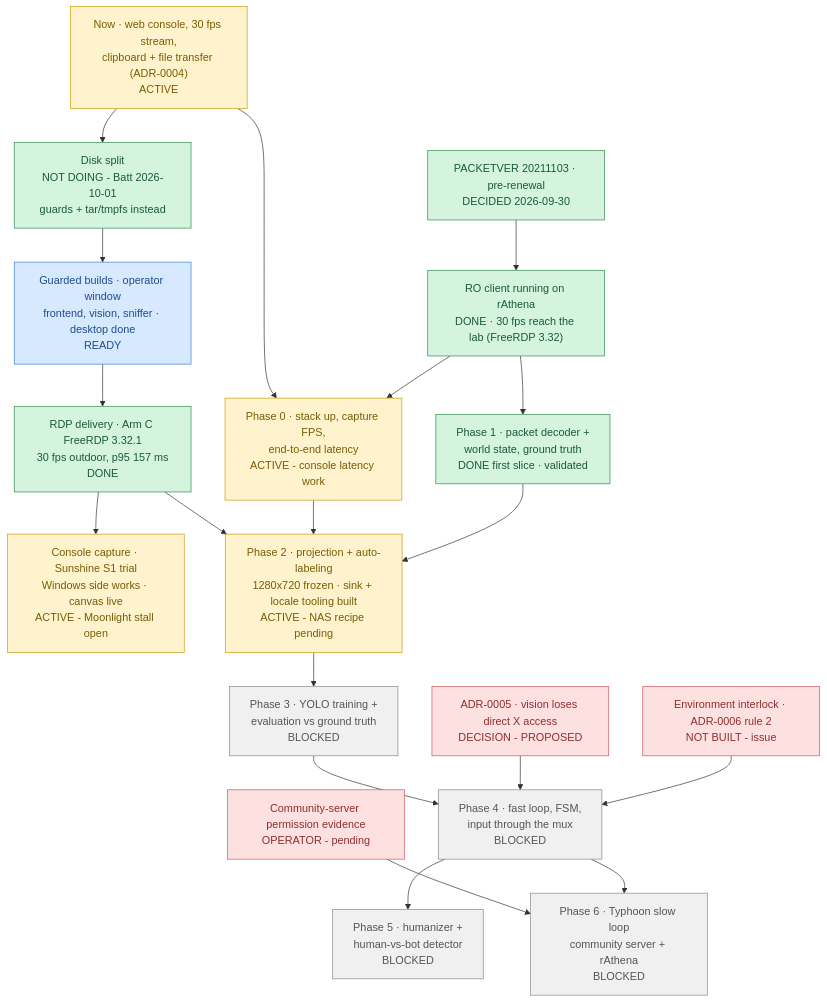
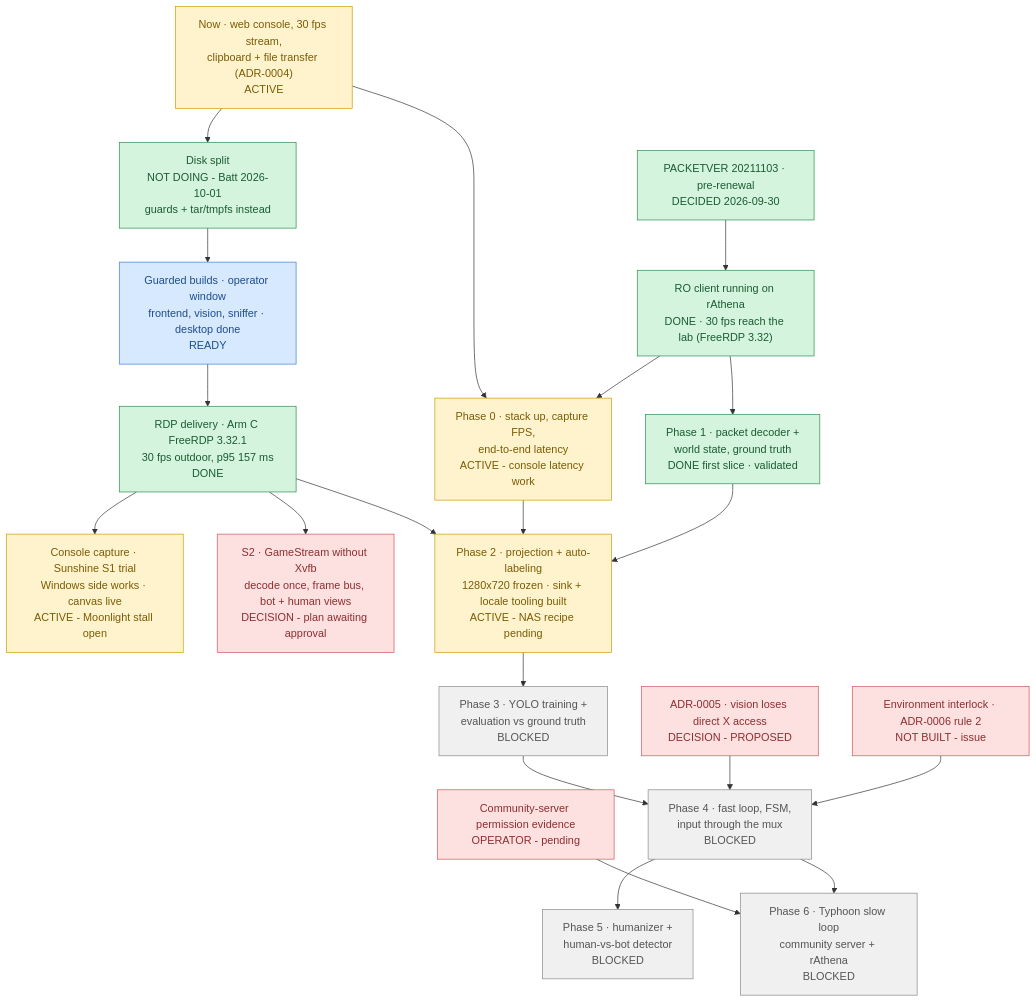
Before and after one commit to lumduan/poring-lab: the diagram in docs/ROADMAP.md, drawn with Mermaid. The commit also changed other lines of this file and 4 other files, not shown here.

First line of the commit message:
docs: S2 plan (no Xvfb hop, decode once, frame bus), ADR-0013 status indicator, S1 reinterpreted

````diff
--- a/docs/ROADMAP.md
+++ b/docs/ROADMAP.md
@@ -11,50 +11,52 @@
 ```mermaid
 flowchart TD
     N1["Now · web console, 30 fps stream,<br/>clipboard + file transfer (ADR-0004)<br/>ACTIVE"]
     N2["Disk split<br/>NOT DOING - Batt 2026-10-01<br/>guards + tar/tmpfs instead"]
     N3["Guarded builds · operator window<br/>frontend, vision, sniffer · desktop done<br/>READY"]
     D1["PACKETVER 20211103 · pre-renewal<br/>DECIDED 2026-09-30"]
     S1["RO client running on rAthena<br/>DONE · 30 fps reach the lab (FreeRDP 3.32)"]
     D2["ADR-0005 · vision loses direct X access<br/>DECISION - PROPOSED"]
     D3["Environment interlock · ADR-0006 rule 2<br/>NOT BUILT - issue"]
     E1["Community-server permission evidence<br/>OPERATOR - pending"]
     P0["Phase 0 · stack up, capture FPS,<br/>end-to-end latency<br/>ACTIVE - console latency work"]
     P1["Phase 1 · packet decoder +<br/>world state, ground truth<br/>DONE first slice · validated"]
     H1["RDP delivery · Arm C FreeRDP 3.32.1<br/>30 fps outdoor, p95 157 ms<br/>DONE"]
     C1["Console capture · Sunshine S1 trial<br/>Windows side works · canvas live<br/>ACTIVE - Moonlight stall open"]
+    S2["S2 · GameStream without Xvfb<br/>decode once, frame bus, bot + human views<br/>DECISION - plan awaiting approval"]
     P2["Phase 2 · projection + auto-labeling<br/>1280x720 frozen · sink + locale tooling built<br/>ACTIVE - NAS recipe pending"]
     P3["Phase 3 · YOLO training +<br/>evaluation vs ground truth<br/>BLOCKED"]
     P4["Phase 4 · fast loop, FSM,<br/>input through the mux<br/>BLOCKED"]
     P5["Phase 5 · humanizer +<br/>human-vs-bot detector<br/>BLOCKED"]
     P6["Phase 6 · Typhoon slow loop<br/>community server + rAthena<br/>BLOCKED"]
 
     N1 --> N2 --> N3
     N3 --> H1
     H1 --> C1
+    H1 --> S2
     H1 --> P2
     D1 --> S1
     N1 --> P0
     S1 --> P0
     S1 --> P1
     P0 --> P2
     P1 --> P2
     P2 --> P3 --> P4
     D2 --> P4
     D3 --> P4
     E1 --> P6
     P4 --> P5
     P4 --> P6
 
     classDef done     fill:#d4f4dd,stroke:#2d8a4e,color:#1a5c33
     classDef active   fill:#fff3cd,stroke:#cc9a06,color:#7a5c04
     classDef ready    fill:#d6e9ff,stroke:#3b7dd8,color:#1e4d8f
     classDef blocked  fill:#f0f0f0,stroke:#888,color:#555
     classDef decision fill:#fde0e0,stroke:#d05555,color:#8f2e2e
     classDef goal     fill:#ede0fb,stroke:#8a5cd8,color:#4d2e8f
 
     class D1,S1,P1,N2,H1 done
     class N1,P0,C1,P2 active
     class N3 ready
-    class D2,D3,E1 decision
+    class D2,D3,E1,S2 decision
     class P3,P4,P5,P6 blocked
 ```
````
